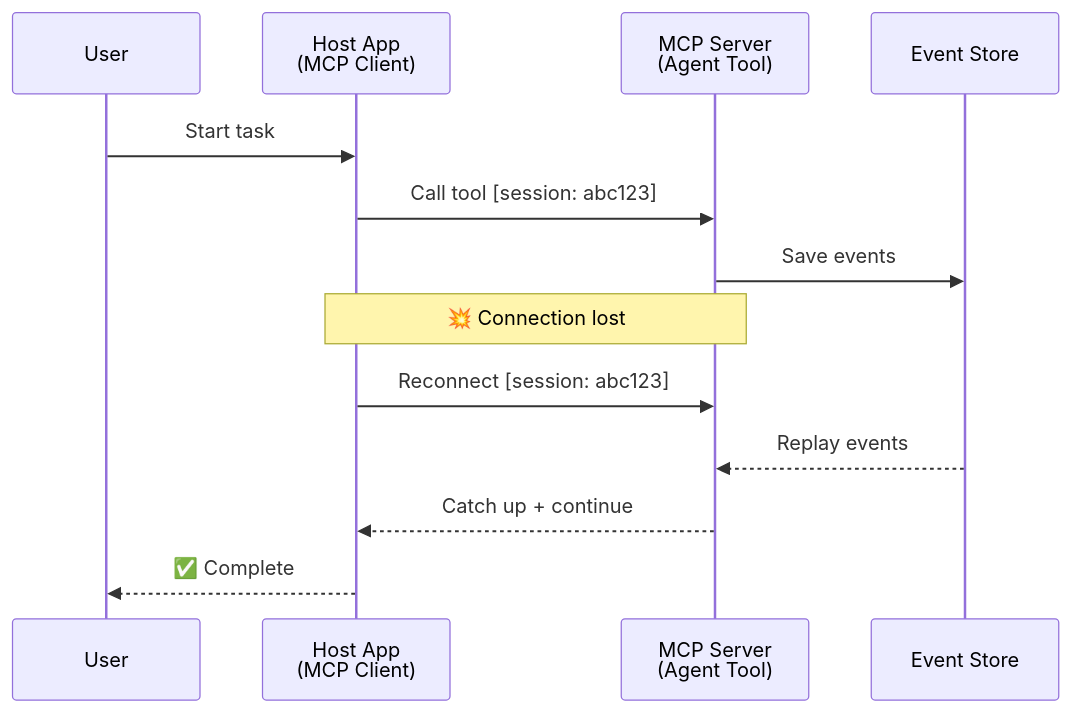
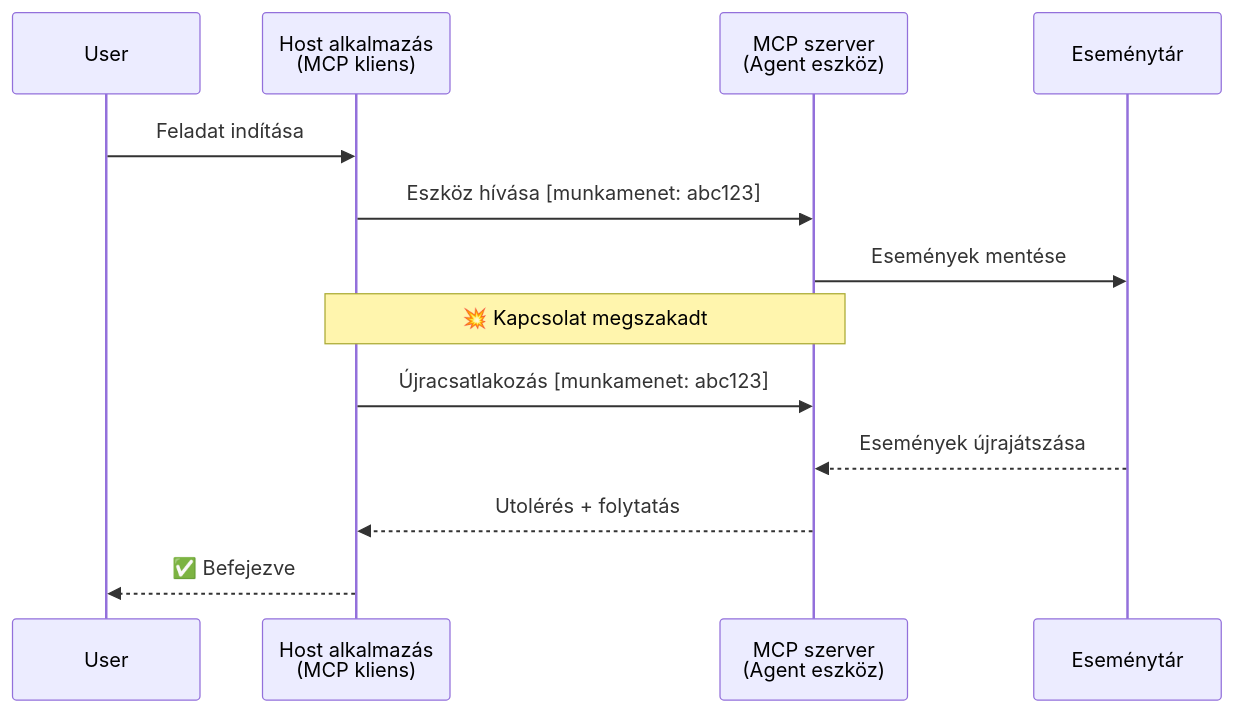
The second of 5 diagrams in translations/hu/11-agentic-protocols/code_samples/mcp-agents/README.md (microsoft/ai-agents-for-beginners), drawn with Mermaid before and after one commit. The commit also changed other lines of this file and 222 other files, not shown here.

````diff
--- a/translations/hu/11-agentic-protocols/code_samples/mcp-agents/README.md
+++ b/translations/hu/11-agentic-protocols/code_samples/mcp-agents/README.md
@@ -82,18 +82,18 @@
 ```mermaid
 sequenceDiagram
     participant User
-    participant Host as Host App<br/>(MCP Client)
-    participant Server as MCP Server<br/>(Agent Tool)
-    participant Store as Event Store
+    participant Host as Host alkalmazás<br/>(MCP kliens)
+    participant Server as MCP szerver<br/>(Agent eszköz)
+    participant Store as Eseménytár
 
-    User->>Host: Start task
-    Host->>Server: Call tool [session: abc123]
-    Server->>Store: Save events
+    User->>Host: Feladat indítása
+    Host->>Server: Eszköz hívása [munkamenet: abc123]
+    Server->>Store: Események mentése
 
-    Note over Host,Server: 💥 Connection lost
+    Note over Host,Server: 💥 Kapcsolat megszakadt
 
-    Host->>Server: Reconnect [session: abc123]
-    Store-->>Server: Replay events
-    Server-->>Host: Catch up + continue
-    Host-->>User: ✅ Complete
+    Host->>Server: Újracsatlakozás [munkamenet: abc123]
+    Store-->>Server: Események újrajátszása
+    Server-->>Host: Utolérés + folytatás
+    Host-->>User: ✅ Befejezve
 ```
````
